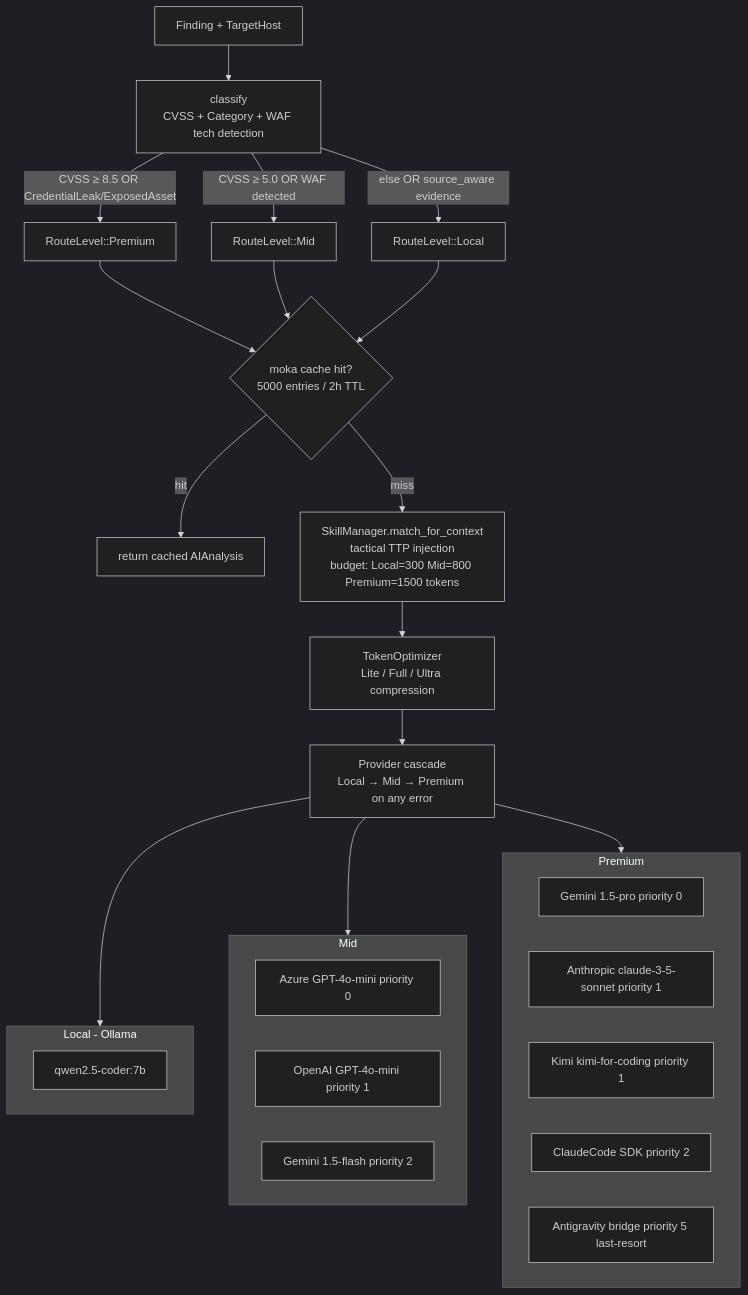
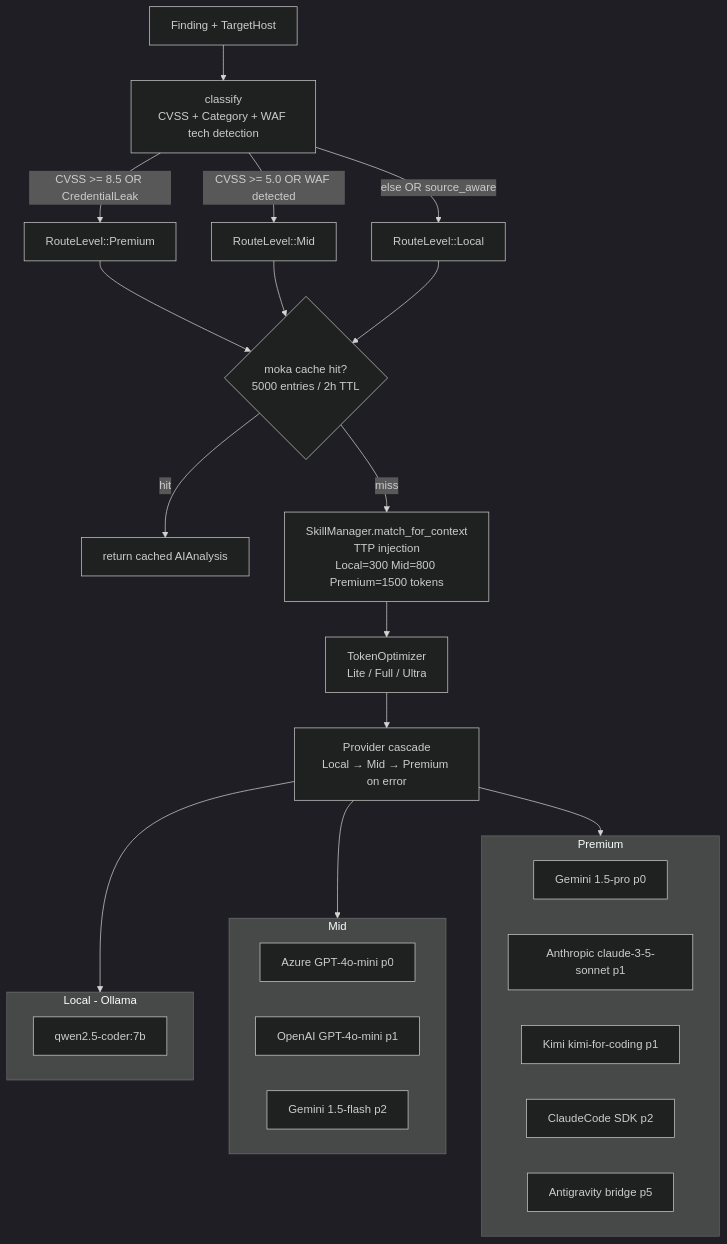
The sixth of 9 diagrams in redteam_rust_core/DOCS/ARCHITECTURE.md (kripiman/OsintUltimate), drawn with Mermaid (dark theme) before and after one commit. The commit also changed other lines of this file and 38 other files, not shown here.

````diff
--- a/redteam_rust_core/DOCS/ARCHITECTURE.md
+++ b/redteam_rust_core/DOCS/ARCHITECTURE.md
@@ -155,31 +160,31 @@
 ```mermaid
 flowchart TD
-    F[Finding + TargetHost] --> CL[classify\nCVSS + Category + WAF tech detection]
-    CL -->|CVSS ≥ 8.5 OR CredentialLeak/ExposedAsset| PR[RouteLevel::Premium]
-    CL -->|CVSS ≥ 5.0 OR WAF detected| MI[RouteLevel::Mid]
-    CL -->|else OR source_aware evidence| LO[RouteLevel::Local]
+    F["Finding + TargetHost"] --> CL["classify<br/>CVSS + Category + WAF tech detection"]
+    CL -->|CVSS >= 8.5 OR CredentialLeak| PR["RouteLevel::Premium"]
+    CL -->|CVSS >= 5.0 OR WAF detected| MI["RouteLevel::Mid"]
+    CL -->|else OR source_aware| LO["RouteLevel::Local"]
 
-    PR & MI & LO --> CACHE{moka cache hit?\n5000 entries / 2h TTL}
-    CACHE -- hit --> RET[return cached AIAnalysis]
-    CACHE -- miss --> SK[SkillManager.match_for_context\ntactical TTP injection\nbudget: Local=300 Mid=800 Premium=1500 tokens]
-    SK --> TO[TokenOptimizer\nLite / Full / Ultra compression]
-    TO --> CASCADE[Provider cascade\nLocal → Mid → Premium on any error]
+    PR & MI & LO --> CACHE{"moka cache hit?<br/>5000 entries / 2h TTL"}
+    CACHE -- hit --> RET["return cached AIAnalysis"]
+    CACHE -- miss --> SK["SkillManager.match_for_context<br/>TTP injection<br/>Local=300 Mid=800 Premium=1500 tokens"]
+    SK --> TO["TokenOptimizer<br/>Lite / Full / Ultra"]
+    TO --> CASCADE["Provider cascade<br/>Local → Mid → Premium on error"]
 
-    subgraph Tier0[Local - Ollama]
-        OL[qwen2.5-coder:7b]
+    subgraph Tier0["Local - Ollama"]
+        OL["qwen2.5-coder:7b"]
     end
-    subgraph Tier1[Mid]
-        AZ[Azure GPT-4o-mini priority 0]
-        OA[OpenAI GPT-4o-mini priority 1]
-        GF[Gemini 1.5-flash priority 2]
+    subgraph Tier1["Mid"]
+        AZ["Azure GPT-4o-mini p0"]
+        OA["OpenAI GPT-4o-mini p1"]
+        GF["Gemini 1.5-flash p2"]
     end
-    subgraph Tier2[Premium]
-        GP[Gemini 1.5-pro priority 0]
-        AN[Anthropic claude-3-5-sonnet priority 1]
-        KI[Kimi kimi-for-coding priority 1]
-        CC[ClaudeCode SDK priority 2]
-        AG[Antigravity bridge priority 5 last-resort]
+    subgraph Tier2["Premium"]
+        GP["Gemini 1.5-pro p0"]
+        AN["Anthropic claude-3-5-sonnet p1"]
+        KI["Kimi kimi-for-coding p1"]
+        CC["ClaudeCode SDK p2"]
+        AG["Antigravity bridge p5"]
     end
 
     CASCADE --> Tier0 & Tier1 & Tier2
 ```
````
